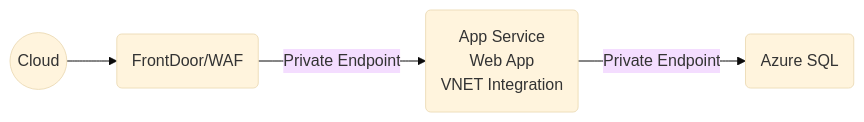
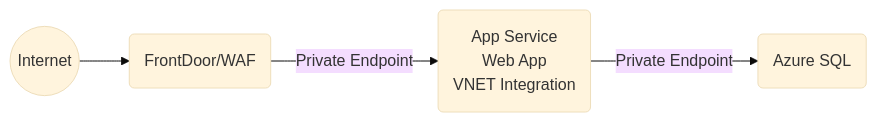
The fifth of 6 diagrams in README.md (msalemor/app-services-networking), drawn with Mermaid (base theme) before and after one commit. The commit also changed other lines of this file, not shown here.

````diff
--- a/README.md
+++ b/README.md
@@ -98,6 +98,6 @@
 ```mermaid
 graph LR;
-    A((Cloud))-->B(FrontDoor/WAF);
+    A((Internet))-->B(FrontDoor/WAF);
     B-- Private Endpoint -->C(App Service<br/>Web App<br/>VNET Integration);
     C-- Private Endpoint-->D(Azure SQL);   
 ```
````
